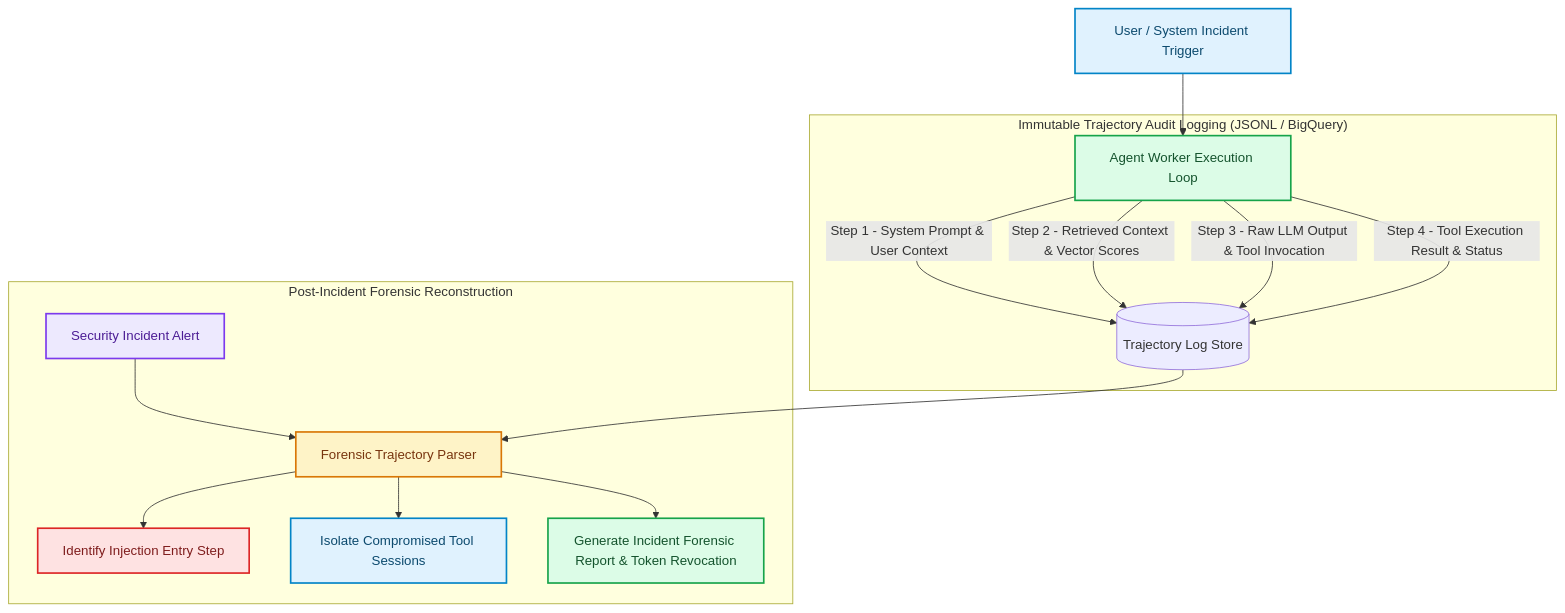
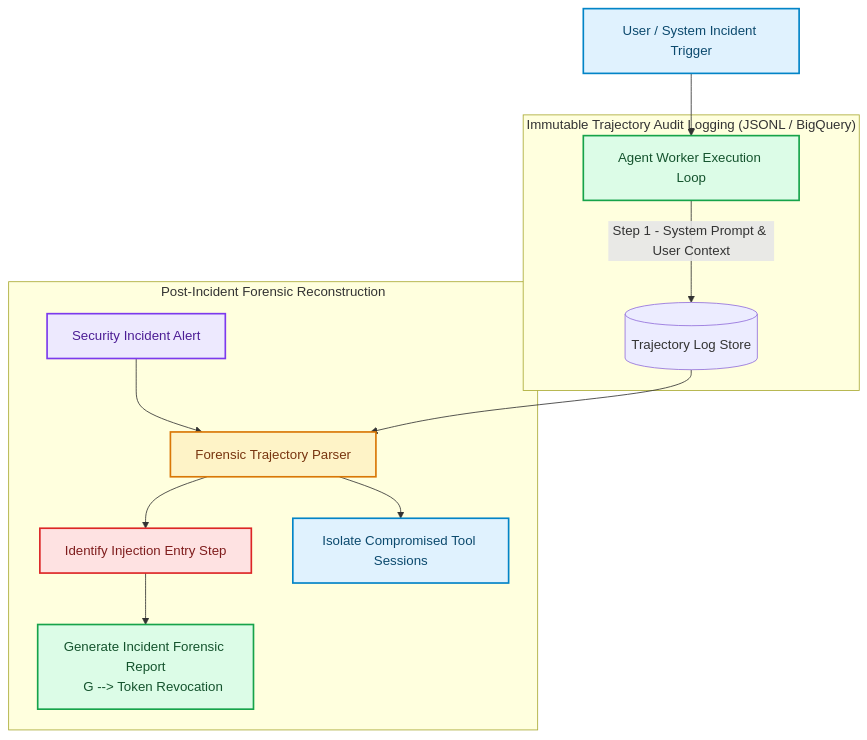
Before and after one commit to akmalkhaniub/akmalkhaniub.github.io: the diagram in blog/posts/agentic-security-incident-forensics-trajectory-audit-logging.md, drawn with Mermaid. The commit also changed other lines of this file and 894 other files, not shown here.

Commit message:
feat(blog): upgrade all 444 posts with unique staggered dates, 2-col Mermaid spines, benchmark tables, code blocks, and trade-offs

````diff
--- a/blog/posts/agentic-security-incident-forensics-trajectory-audit-logging.md
+++ b/blog/posts/agentic-security-incident-forensics-trajectory-audit-logging.md
@@ -17,30 +17,28 @@
 ```mermaid
 flowchart TD
   A["User / System Incident Trigger"] --> B["Agent Worker Execution Loop"]
   
   subgraph SG1_ImmutableTrajectoryAudit ["Immutable Trajectory Audit Logging (JSONL / BigQuery)"]
     B -->|Step 1 - System Prompt & User Context| C[(Trajectory Log Store)]
-    B -->|Step 2 - Retrieved Context & Vector Scores| C
-    B -->|Step 3 - Raw LLM Output & Tool Invocation| C
-    B -->|Step 4 - Tool Execution Result & Status| C
   end
   
   subgraph SG2_PostIncidentForensic ["Post-Incident Forensic Reconstruction"]
     D["Security Incident Alert"] --> E["Forensic Trajectory Parser"]
     C --> E
     E --> F["Identify Injection Entry Step"]
     E --> G["Isolate Compromised Tool Sessions"]
-    E --> H["Generate Incident Forensic Report & Token Revocation"]
+    F --> H["Generate Incident Forensic Report
+    G --> Token Revocation"]
   end
 
 classDef green fill:#dcfce7,stroke:#16a34a,stroke-width:2px,color:#14532d;
 classDef red fill:#fee2e2,stroke:#dc2626,stroke-width:2px,color:#7f1d1d;
 classDef blue fill:#e0f2fe,stroke:#0284c7,stroke-width:2px,color:#0c4a6e;
 classDef yellow fill:#fef3c7,stroke:#d97706,stroke-width:2px,color:#78350f;
 classDef purple fill:#ede9fe,stroke:#7c3aed,stroke-width:2px,color:#4c1d95;
 class A,G blue
 class B,H green
 class D purple
 class E yellow
 class F red
 ```
````
